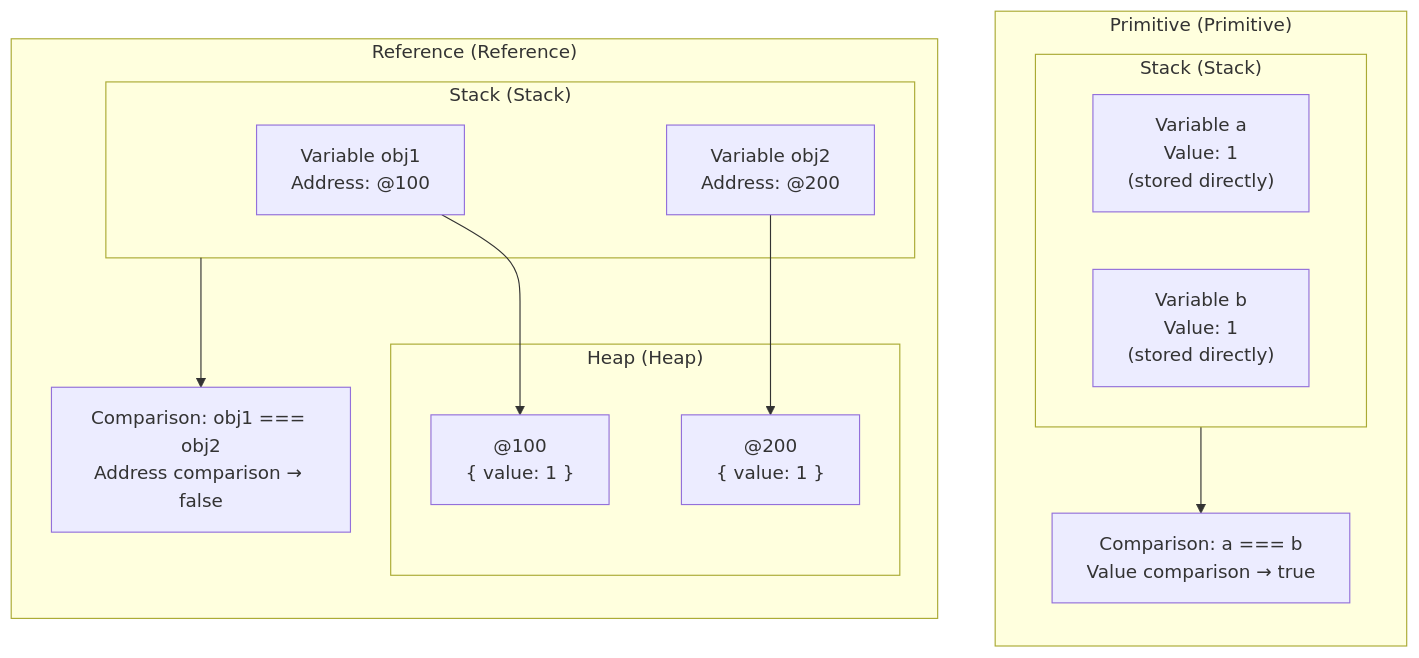
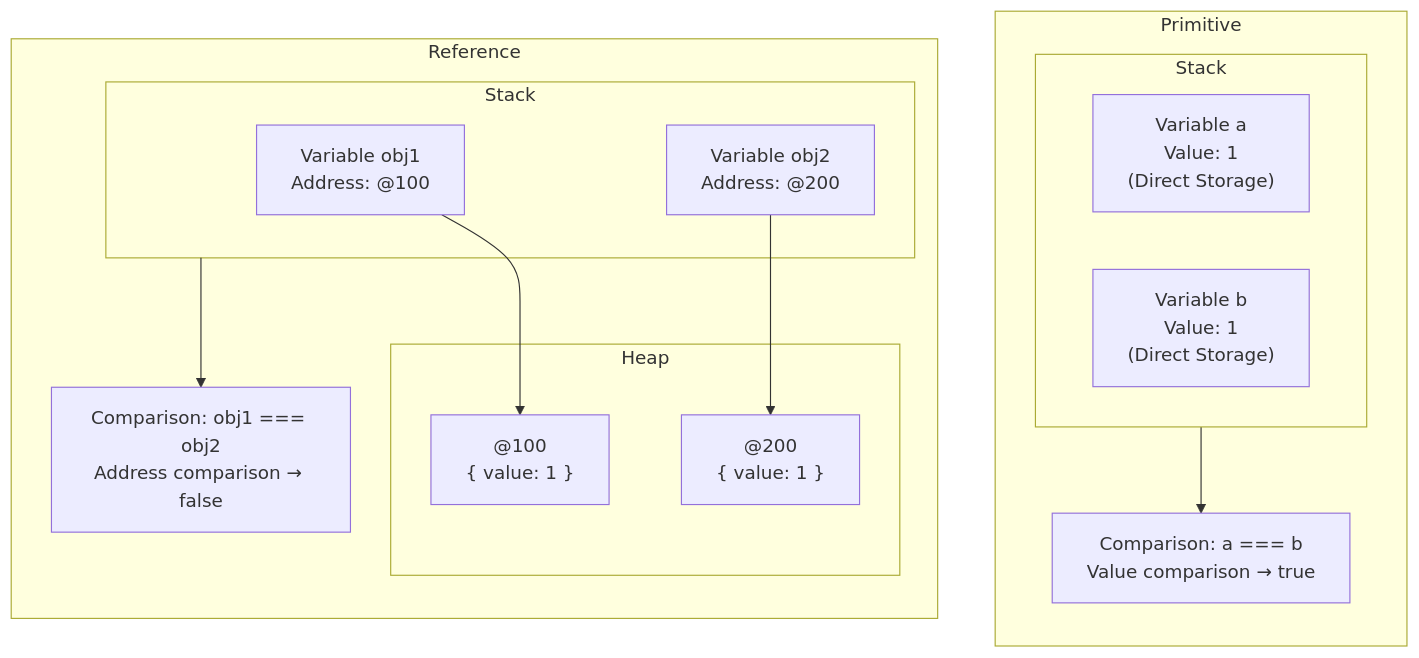
The fourth of 5 diagrams in markdown/2026-01-18/en/content.mdx (codefug/codefug.github.io), drawn with Mermaid before and after one commit. The commit also changed other lines of this file, not shown here.

````diff
--- a/markdown/2026-01-18/en/content.mdx
+++ b/markdown/2026-01-18/en/content.mdx
@@ -154,30 +154,30 @@
 ```mermaid
 flowchart TB
-    subgraph Primitive["Primitive (Primitive)"]
+    subgraph Primitive["Primitive"]
         direction TB
-        subgraph Stack1["Stack (Stack)"]
-            A["Variable a<br/>Value: 1<br/>(stored directly)"]
-            B["Variable b<br/>Value: 1<br/>(stored directly)"]
+        subgraph Stack1["Stack"]
+            A["Variable a<br/>Value: 1<br/>(Direct Storage)"]
+            B["Variable b<br/>Value: 1<br/>(Direct Storage)"]
         end
         Compare1["Comparison: a === b<br/>Value comparison → true"]
     end
 
-    subgraph Reference["Reference (Reference)"]
+    subgraph Reference["Reference"]
         direction TB
-        subgraph Stack2["Stack (Stack)"]
+        subgraph Stack2["Stack"]
             C["Variable obj1<br/>Address: @100"]
             D["Variable obj2<br/>Address: @200"]
         end
-        subgraph Heap2["Heap (Heap)"]
+        subgraph Heap2["Heap"]
             O1["@100<br/>{ value: 1 }"]
             O2["@200<br/>{ value: 1 }"]
         end
         Compare2["Comparison: obj1 === obj2<br/>Address comparison → false"]
     end
 
     Stack1 --> Compare1
 
     Stack2 --> Compare2
     C --> O1
     D --> O2
 ```
````
